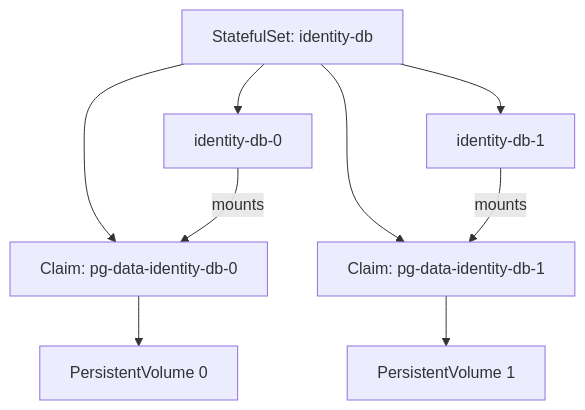
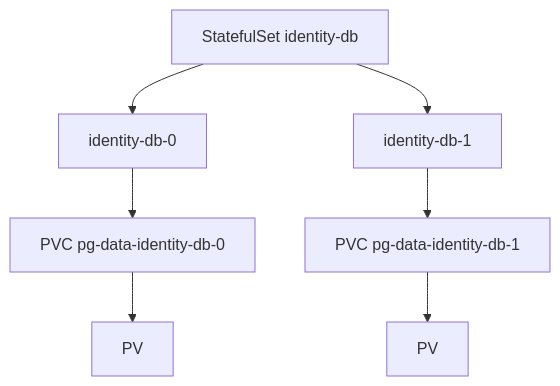
One commit to darshan-raul/apollo11-docs changed the diagram in docs/learn/storage/statefulset-storage-and-operations.md. Above: the diagram before and after it, drawn with Mermaid. The commit also changed other lines of this file and 55 other files, not shown here.

````diff
--- a/docs/learn/storage/statefulset-storage-and-operations.md
+++ b/docs/learn/storage/statefulset-storage-and-operations.md
@@ -37,11 +22,5 @@
 ```mermaid
 flowchart TB
-  STS[StatefulSet: identity-db] --> P0[identity-db-0]
-  STS --> P1[identity-db-1]
-  STS --> C0[Claim: pg-data-identity-db-0]
-  STS --> C1[Claim: pg-data-identity-db-1]
-  P0 -->|mounts| C0
-  P1 -->|mounts| C1
-  C0 --> V0[PersistentVolume 0]
-  C1 --> V1[PersistentVolume 1]
+  STS[StatefulSet identity-db] --> P0[identity-db-0] --> C0[PVC pg-data-identity-db-0] --> V0[PV]
+  STS --> P1[identity-db-1] --> C1[PVC pg-data-identity-db-1] --> V1[PV]
 ```
````
